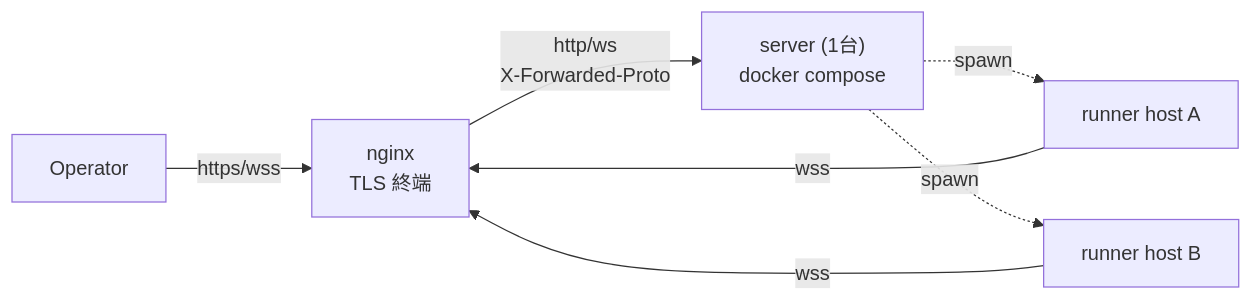
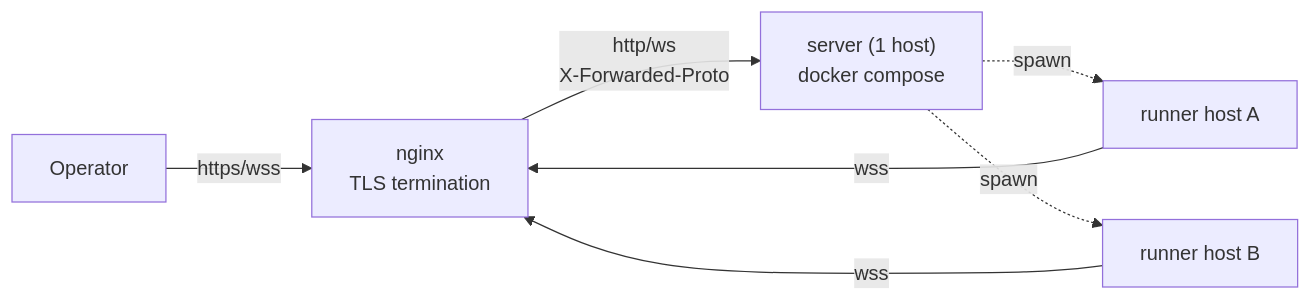
The first of 2 diagrams in docs/specs/deployment.md (sakuraiyuta/kaoiro), drawn with Mermaid before and after one commit. The commit also changed other lines of this file, not shown here.

````diff
--- a/docs/specs/deployment.md
+++ b/docs/specs/deployment.md
@@ -22,9 +24,9 @@
 ```mermaid
 flowchart LR
-  U[Operator] -->|https/wss| N[nginx<br/>TLS 終端]
-  N -->|http/ws<br/>X-Forwarded-Proto| S["server (1台)<br/>docker compose"]
+  U[Operator] -->|https/wss| N["nginx<br/>TLS termination"]
+  N -->|http/ws<br/>X-Forwarded-Proto| S["server (1 host)<br/>docker compose"]
   R1[runner host A] -->|wss| N
   R2[runner host B] -->|wss| N
   S -.->|spawn| R1
   S -.->|spawn| R2
 ```
````
